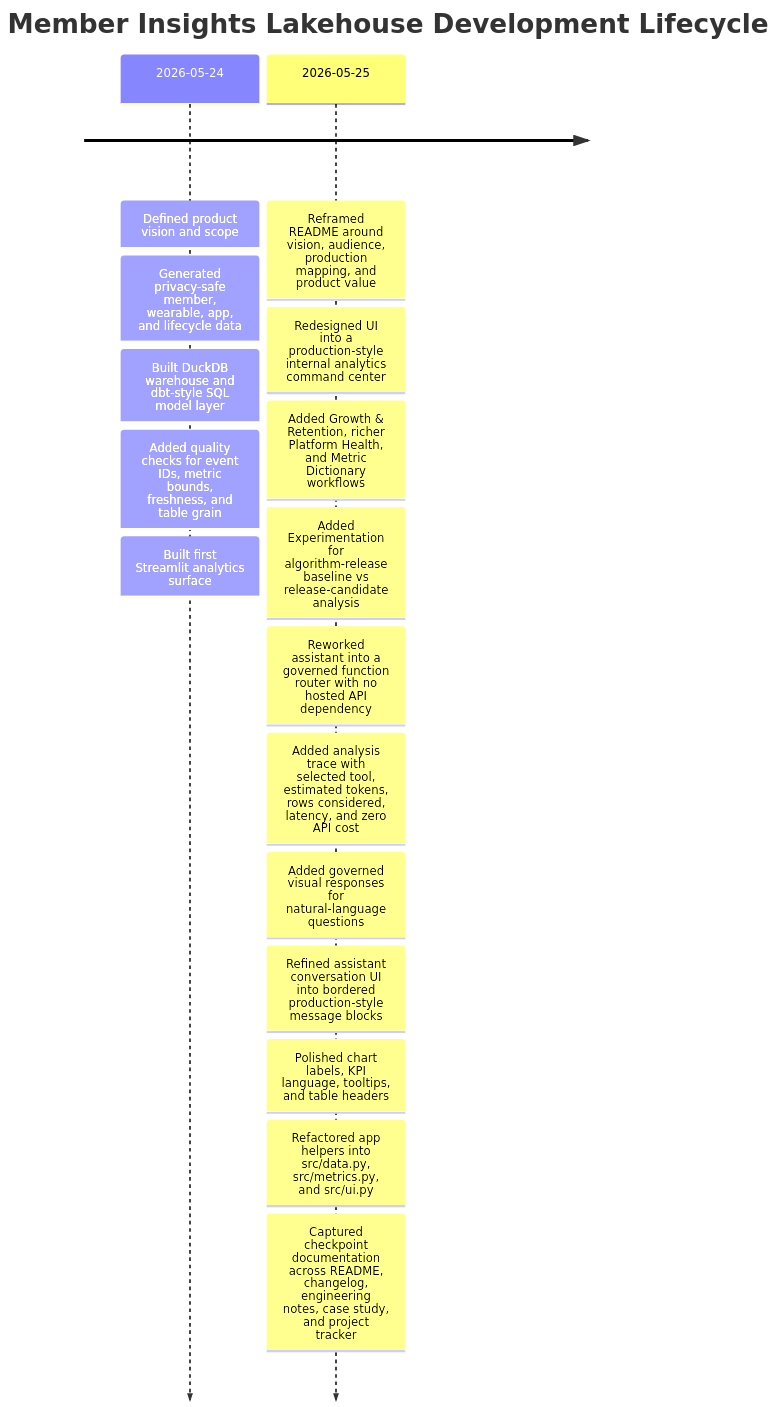
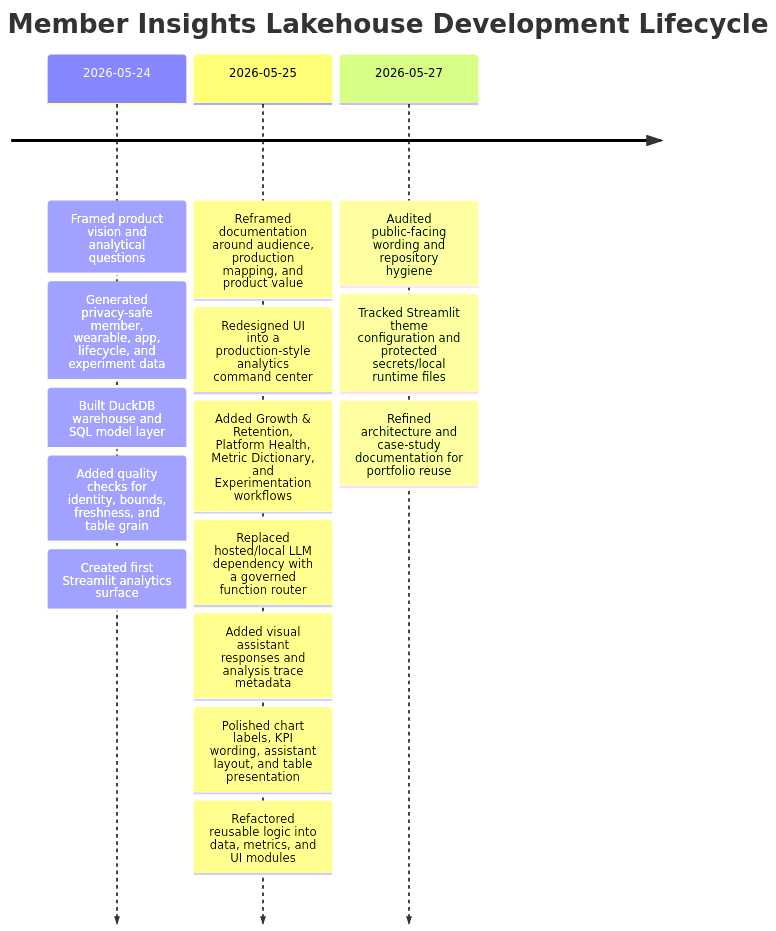
Before and after one commit to ravi-rajpurohit-gh/member-insights: the second of 2 diagrams in docs/CASE_STUDY.md, drawn with Mermaid. The commit also changed other lines of this file and 3 other files, not shown here.

Commit message:
Refine member insights case study

````diff
--- a/docs/CASE_STUDY.md
+++ b/docs/CASE_STUDY.md
@@ -19,20 +177,19 @@
 ```mermaid
 timeline
     title Member Insights Lakehouse Development Lifecycle
-    2026-05-24 : Defined product vision and scope
-               : Generated privacy-safe member, wearable, app, and lifecycle data
-               : Built DuckDB warehouse and dbt-style SQL model layer
-               : Added quality checks for event IDs, metric bounds, freshness, and table grain
-               : Built first Streamlit analytics surface
-    2026-05-25 : Reframed README around vision, audience, production mapping, and product value
-               : Redesigned UI into a production-style internal analytics command center
-               : Added Growth & Retention, richer Platform Health, and Metric Dictionary workflows
-               : Added Experimentation for algorithm-release baseline vs release-candidate analysis
-               : Reworked assistant into a governed function router with no hosted API dependency
-               : Added analysis trace with selected tool, estimated tokens, rows considered, latency, and zero API cost
-               : Added governed visual responses for natural-language questions
-               : Refined assistant conversation UI into bordered production-style message blocks
-               : Polished chart labels, KPI language, tooltips, and table headers
-               : Refactored app helpers into src/data.py, src/metrics.py, and src/ui.py
-               : Captured checkpoint documentation across README, changelog, engineering notes, case study, and project tracker
+    2026-05-24 : Framed product vision and analytical questions
+               : Generated privacy-safe member, wearable, app, lifecycle, and experiment data
+               : Built DuckDB warehouse and SQL model layer
+               : Added quality checks for identity, bounds, freshness, and table grain
+               : Created first Streamlit analytics surface
+    2026-05-25 : Reframed documentation around audience, production mapping, and product value
+               : Redesigned UI into a production-style analytics command center
+               : Added Growth & Retention, Platform Health, Metric Dictionary, and Experimentation workflows
+               : Replaced hosted/local LLM dependency with a governed function router
+               : Added visual assistant responses and analysis trace metadata
+               : Polished chart labels, KPI wording, assistant layout, and table presentation
+               : Refactored reusable logic into data, metrics, and UI modules
+    2026-05-27 : Audited public-facing wording and repository hygiene
+               : Tracked Streamlit theme configuration and protected secrets/local runtime files
+               : Refined architecture and case-study documentation for portfolio reuse
 ```
````
